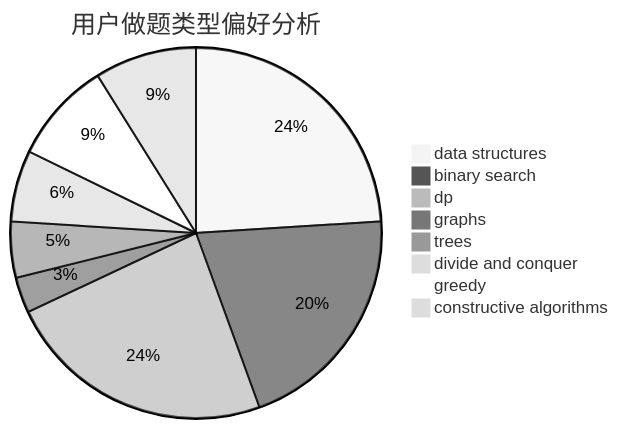
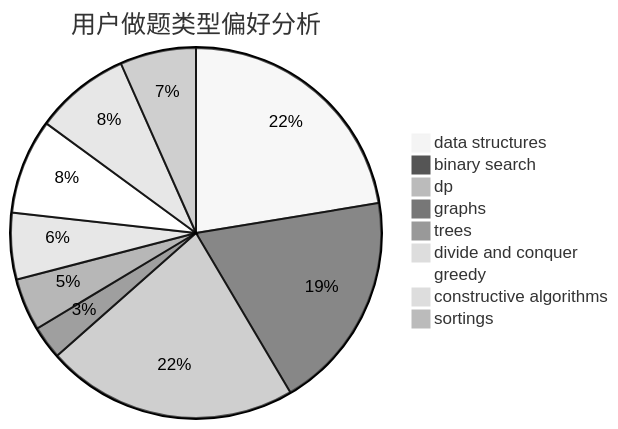
One commit to sherpahu/cfrs.github.io changed the second of 3 diagrams in docs/user/u16.md. Above: the diagram before and after it, drawn with Mermaid (neutral theme). The commit also changed other lines of this file and 2769 other files, not shown here.

````diff
--- a/docs/user/u16.md
+++ b/docs/user/u16.md
@@ -23,11 +18,12 @@
 ```mermaid
 pie title 用户做题类型偏好分析
     "data structures" :  54
     "binary search" :  46
     "dp" :  53
     "graphs" :  7
     "trees" :  11
     "divide and conquer" :  14
     "greedy" :  20
     "constructive algorithms" :  20
+    "sortings" :  16
 ```
````
